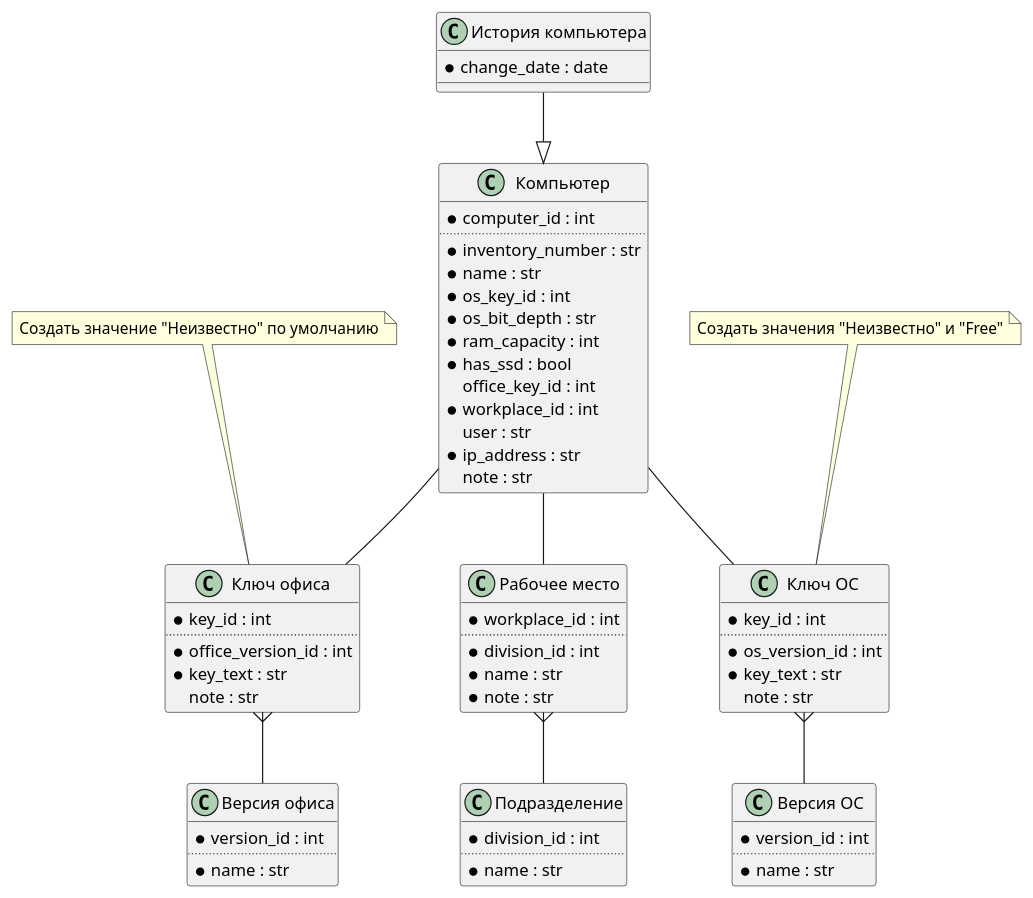
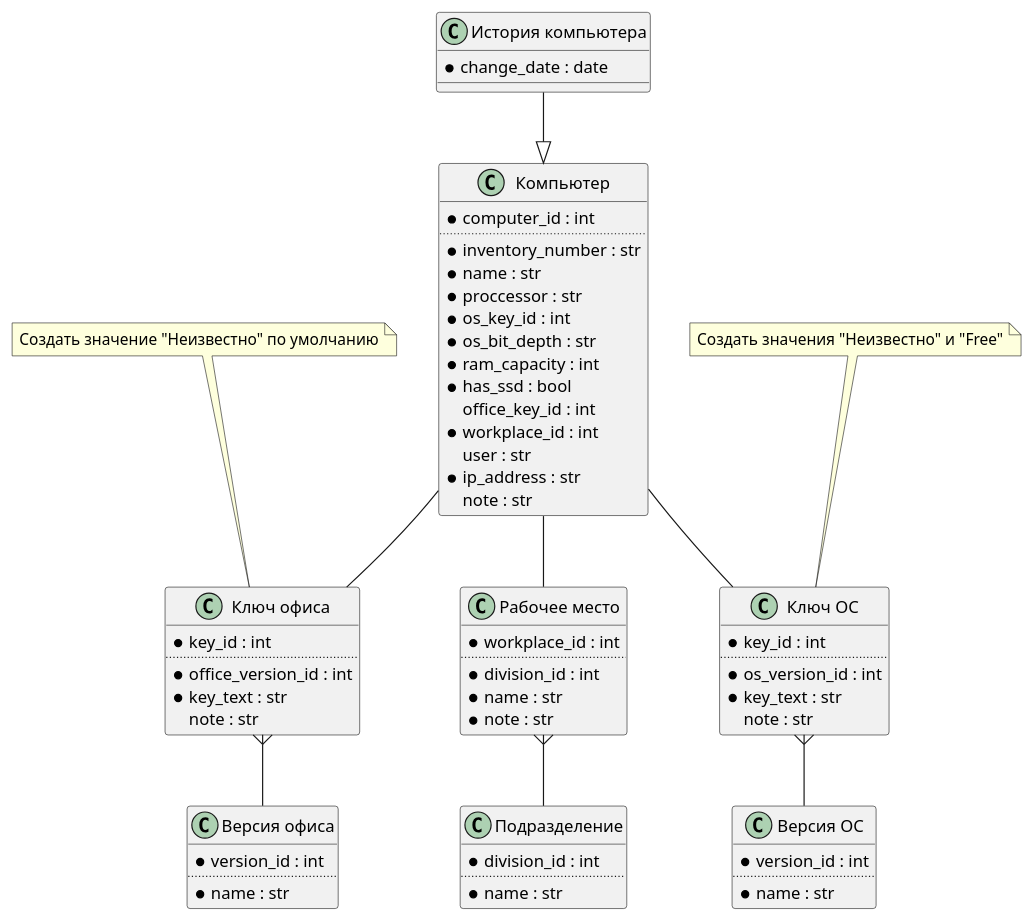
One commit to IamEvrik/ipce changed the diagram in database.plantuml. Above: the diagram before and after it, drawn with PlantUML. The commit also changed 3 other files, not shown here.

```diff
--- a/database.plantuml
+++ b/database.plantuml
@@ -1,76 +1,77 @@
 @startuml
 
 class "Версия офиса" as OfficeVersion {
 	{field} *version_id : int
 	..
 	{field} *name : str
 }
 
 class "Ключ офиса" as OfficeKey {
 	{field} *key_id : int
 	..
 	{field} *office_version_id : int
 	{field} *key_text : str
 	{field} note : str
 }
 note Top of OfficeKey : Создать значение "Неизвестно" по умолчанию
 
 class "Версия ОС" as OSVersion {
 	{field} *version_id : int
 	..
 	{field} *name : str
 }
 
 class "Ключ ОС" as OSKey {
 	{field} *key_id : int
 	..
 	{field} *os_version_id : int
 	{field} *key_text : str
 	{field} note : str
 }
 note Top of OSKey : Создать значения "Неизвестно" и "Free"
 
 class "Подразделение" as Division {
 	{field} *division_id : int
 	..
 	{field} *name : str
 }
 
 class "Рабочее место" as WorkPlace {
 	{field} *workplace_id : int
 	..
 	{field} *division_id : int
 	{field} *name : str
 	{field} *note : str
 } 
 
 class "Компьютер" as Computer {
 	{field} *computer_id : int
 	..
 	{field} *inventory_number : str
 	{field} *name : str
+	{field} *proccessor : str
 	{field} *os_key_id : int
 	{field} *os_bit_depth : str
 	{field} *ram_capacity : int
 	{field} *has_ssd : bool
 	{field} office_key_id : int
 	{field} *workplace_id : int
 	{field} user : str
 	{field} *ip_address : str
 	{field} note : str
 }	
 
 class "История компьютера" as ComputerHistory {
 	{field} *change_date : date
 }
 
 		
 OfficeKey }-- OfficeVersion
 OSKey }-- OSVersion
 WorkPlace }-- Division	
 Computer -- OSKey
 Computer -- OfficeKey
 Computer -- WorkPlace	
 ComputerHistory --|> Computer
 
 @enduml
```
